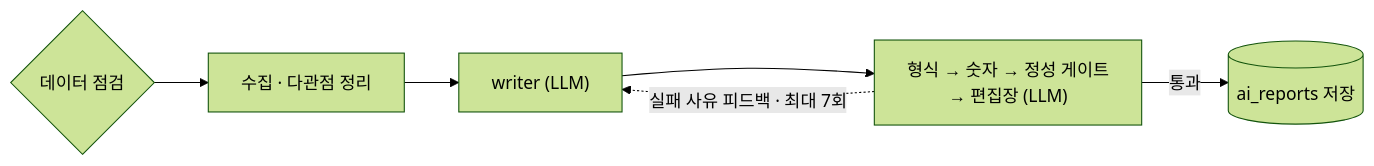
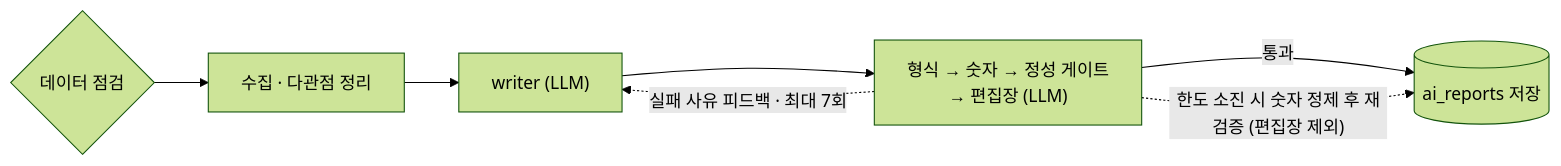
Before and after one commit to SunWoo1213/AI-Invest: the ninth of 9 diagrams in README.md, drawn with Mermaid (forest theme). The commit also changed other lines of this file, not shown here.

````diff
--- a/README.md
+++ b/README.md
@@ -64,7 +602,8 @@
 ```mermaid
 flowchart LR
     RD{데이터 점검} --> AG[수집 · 다관점 정리] --> W["writer (LLM)"]
     W --> V["형식 → 숫자 → 정성 게이트<br/>→ 편집장 (LLM)"]
     V -. 실패 사유 피드백 · 최대 7회 .-> W
     V -->|통과| SAVE[(ai_reports 저장)]
+    V -.->|"한도 소진 시 숫자 정제 후 재검증 (편집장 제외)"| SAVE
 ```
````
